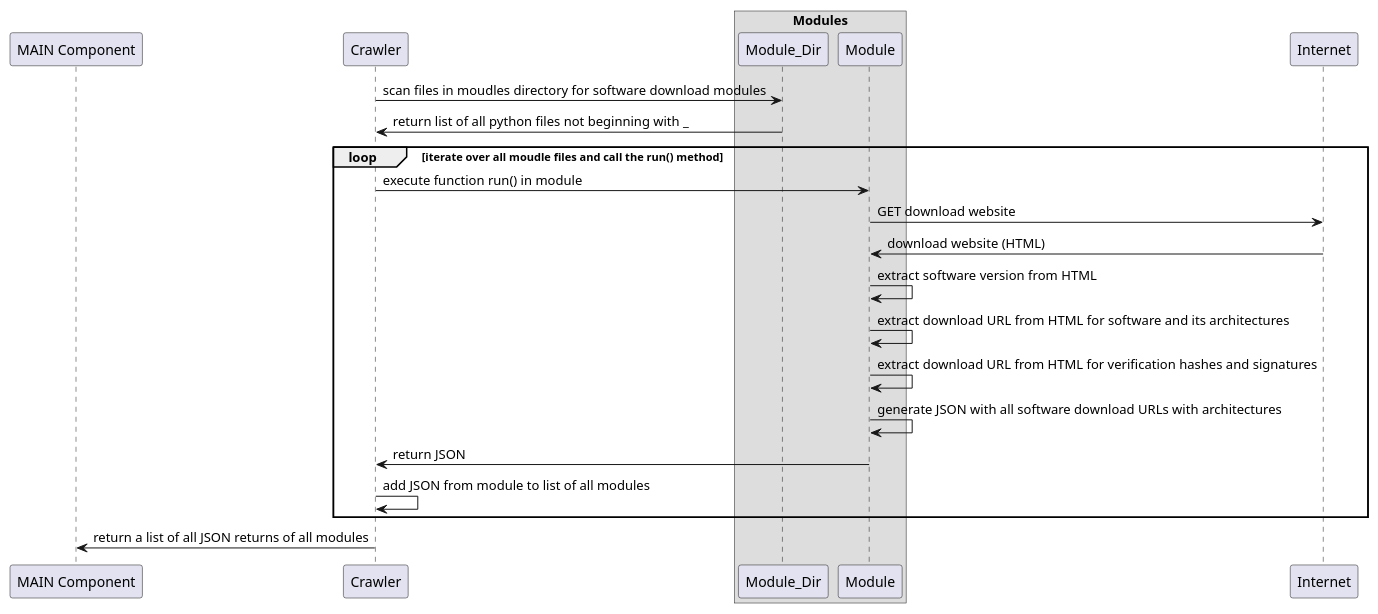
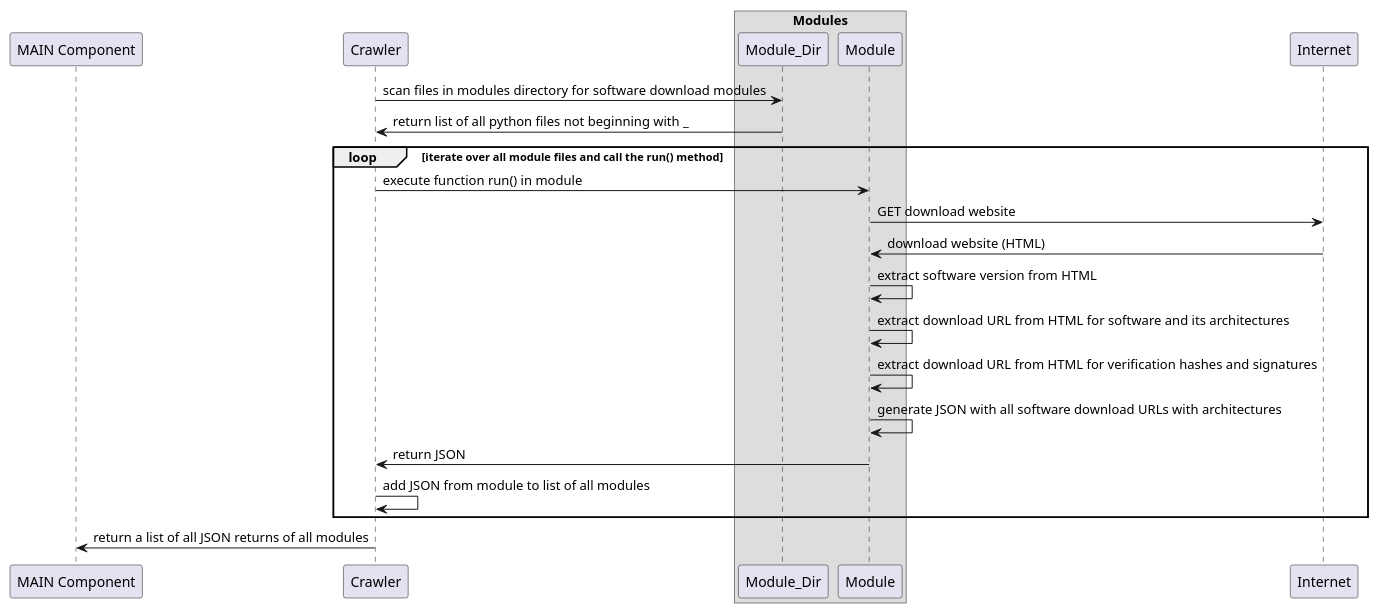
The diagram in doc/diagrams/crawler_sequence.puml (berkholz/Aid), drawn with PlantUML before and after one commit. The commit also changed 6 other files, not shown here.

```diff
--- a/doc/diagrams/crawler_sequence.puml
+++ b/doc/diagrams/crawler_sequence.puml
@@ -1,28 +1,28 @@
 @startuml
 participant "MAIN Component"
 participant Crawler
 
 box  "Modules"
 participant Module_Dir
 participant Module
 end box
 
 participant Internet
 
-Crawler -> Module_Dir : scan files in moudles directory for software download modules
+Crawler -> Module_Dir : scan files in modules directory for software download modules
 Module_Dir -> Crawler : return list of all python files not beginning with _
 
-loop iterate over all moudle files and call the run() method
+loop iterate over all module files and call the run() method
   Crawler -> Module: execute function run() in module
   Module -> Internet : GET download website
   Internet -> Module : download website (HTML)
   Module -> Module : extract software version from HTML
   Module -> Module : extract download URL from HTML for software and its architectures
   Module -> Module : extract download URL from HTML for verification hashes and signatures
   Module -> Module : generate JSON with all software download URLs with architectures
   Module -> Crawler : return JSON
   Crawler -> Crawler : add JSON from module to list of all modules
 end
 
 Crawler -> "MAIN Component" : return a list of all JSON returns of all modules
 @enduml
```
